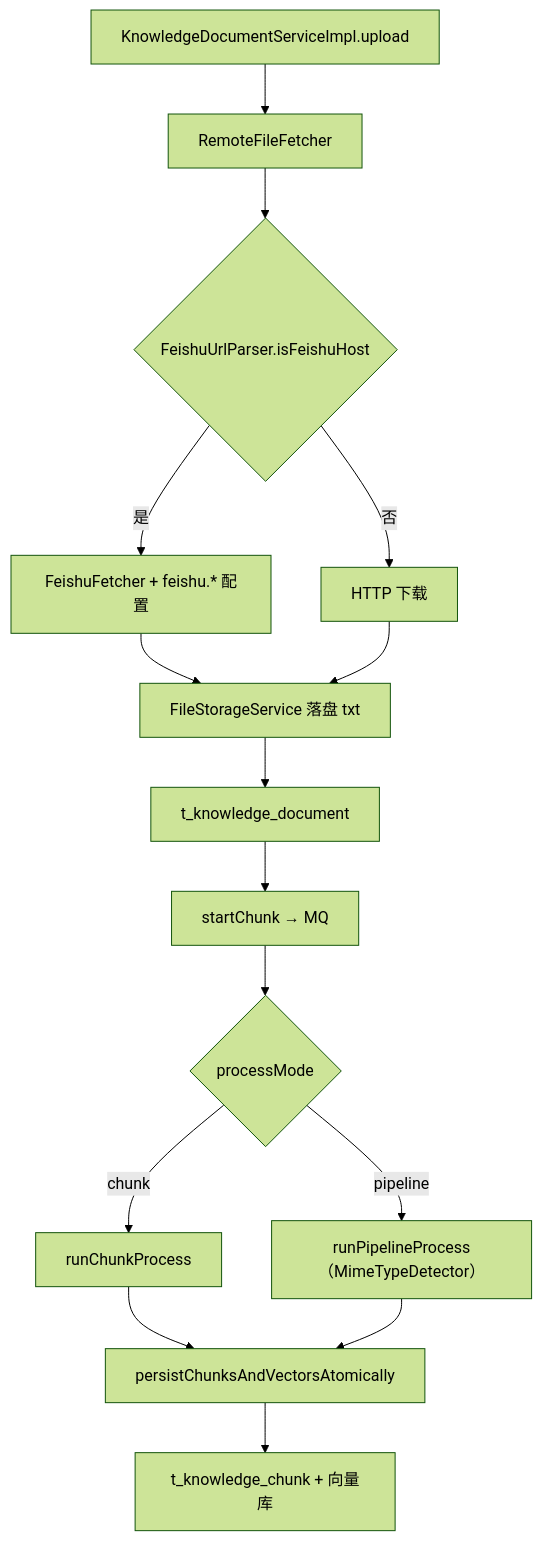
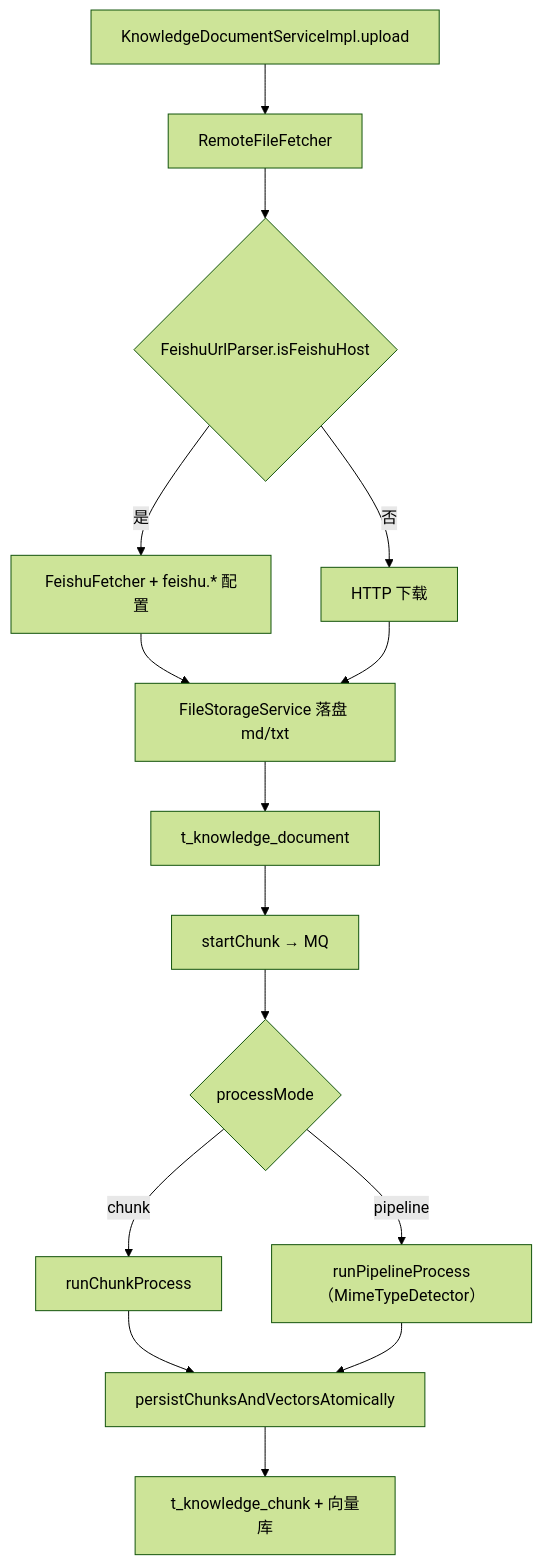
One commit to ZhaoWeijunX/ragent changed the second of 3 diagrams in docs/feishu-wiki-integration.md. Above: the diagram before and after it, drawn with Mermaid (forest theme). The commit also changed other lines of this file and 12 other files, not shown here.

````diff
--- a/docs/feishu-wiki-integration.md
+++ b/docs/feishu-wiki-integration.md
@@ -91,17 +100,17 @@
 ```mermaid
 flowchart TD
     upload[KnowledgeDocumentServiceImpl.upload] --> rf[RemoteFileFetcher]
     rf --> detect{FeishuUrlParser.isFeishuHost}
     detect -->|否| http[HTTP 下载]
     detect -->|是| feishu[FeishuFetcher + feishu.* 配置]
-    feishu --> store[FileStorageService 落盘 txt]
+    feishu --> store[FileStorageService 落盘 md/txt]
     http --> store
     store --> docRow[t_knowledge_document]
     docRow --> chunkMQ[startChunk → MQ]
     chunkMQ --> mode{processMode}
     mode -->|chunk| chunkPath[runChunkProcess]
     mode -->|pipeline| pipePath["runPipelineProcess（MimeTypeDetector）"]
     chunkPath --> persist[persistChunksAndVectorsAtomically]
     pipePath --> persist
     persist --> tables["t_knowledge_chunk + 向量库"]
 ```
````
